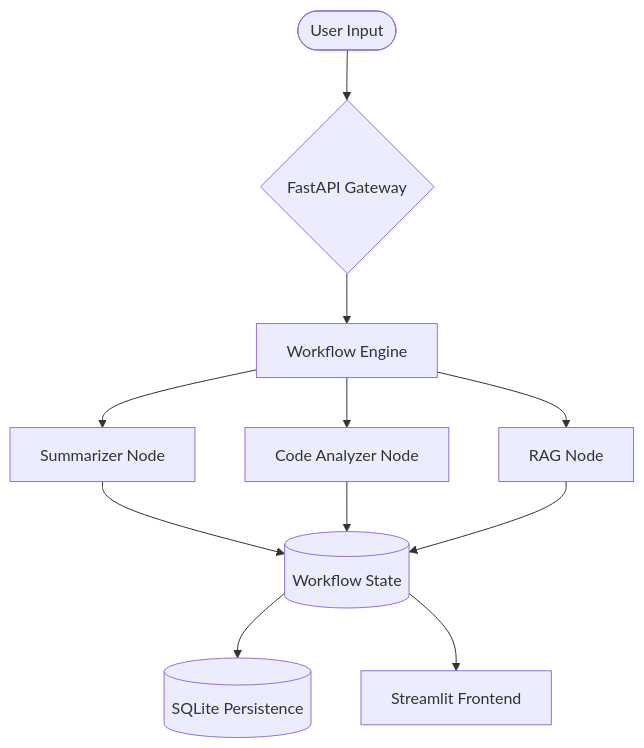
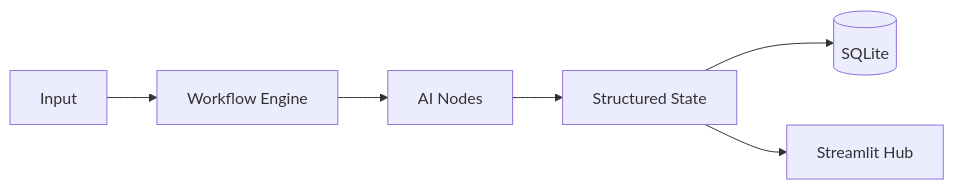
One commit to Keerthana1367/AI-Workflow-Automation-Platform changed the diagram in README.md. Above: the diagram before and after it, drawn with Mermaid. The commit also changed other lines of this file, not shown here.

````diff
--- a/README.md
+++ b/README.md
@@ -35,11 +23,8 @@
 ```mermaid
-graph TD
-    User([User Input]) --> Gateway{FastAPI Gateway}
-    Gateway --> Engine[Workflow Engine]
-    Engine --> Node1[Summarizer Node]
-    Engine --> Node2[Code Analyzer Node]
-    Engine --> Node3[RAG Node]
-    Node1 & Node2 & Node3 --> State[(Workflow State)]
-    State --> DB[(SQLite Persistence)]
-    State --> UI[Streamlit Frontend]
+graph LR
+    Input[Input] --> Engine[Workflow Engine]
+    Engine --> N1[AI Nodes]
+    N1 --> State[Structured State]
+    State --> DB[(SQLite)]
+    State --> UI[Streamlit Hub]
 ```
````
